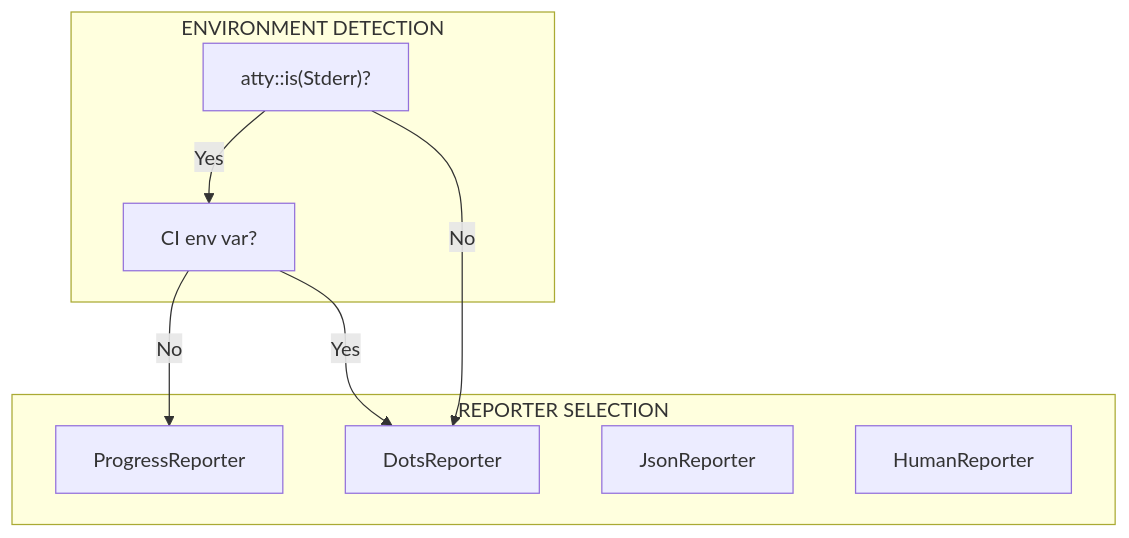
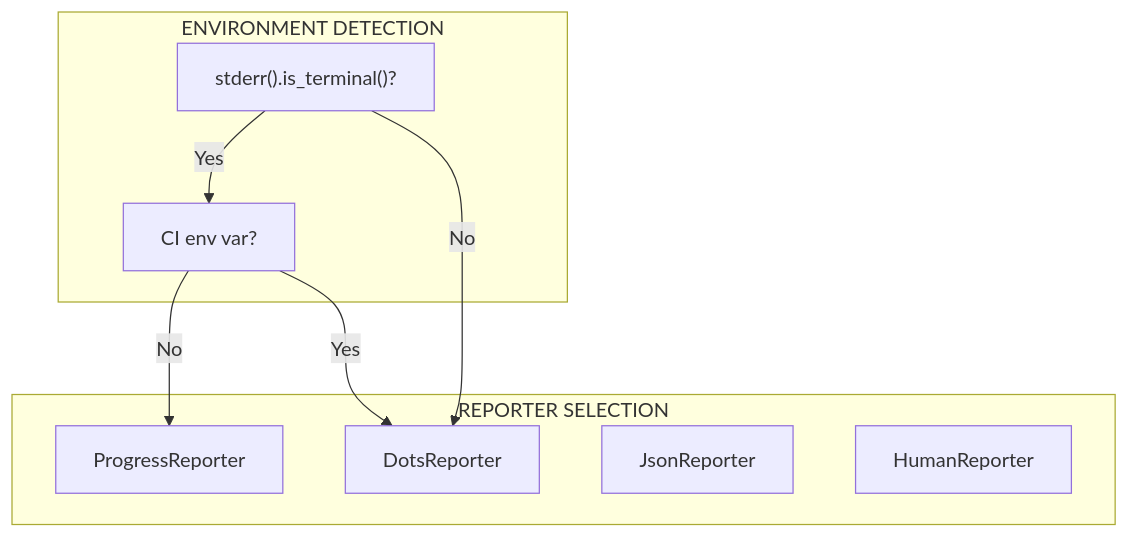
Before and after one commit to NikkeTryHard/tach-core: diagram 37 of 59 in docs/FULL_DOCUMENTATION.md, drawn with Mermaid. The commit also changed other lines of this file and 1 other file, not shown here.

First line of the commit message:
docs: update atty references to std::io::IsTerminal

````diff
--- a/docs/FULL_DOCUMENTATION.md
+++ b/docs/FULL_DOCUMENTATION.md
@@ -3418,19 +3404,19 @@
 ```mermaid
 flowchart TB
     subgraph Detection["ENVIRONMENT DETECTION"]
-        TTY["atty::is(Stderr)?"]
+        TTY["stderr().is_terminal()?"]
         CI["CI env var?"]
     end
 
     subgraph Selection["REPORTER SELECTION"]
         Progress["ProgressReporter"]
         Dots["DotsReporter"]
         JSON["JsonReporter"]
         Human["HumanReporter"]
     end
 
     TTY -->|Yes| CI
     TTY -->|No| Dots
     CI -->|No| Progress
     CI -->|Yes| Dots
 ```
````
